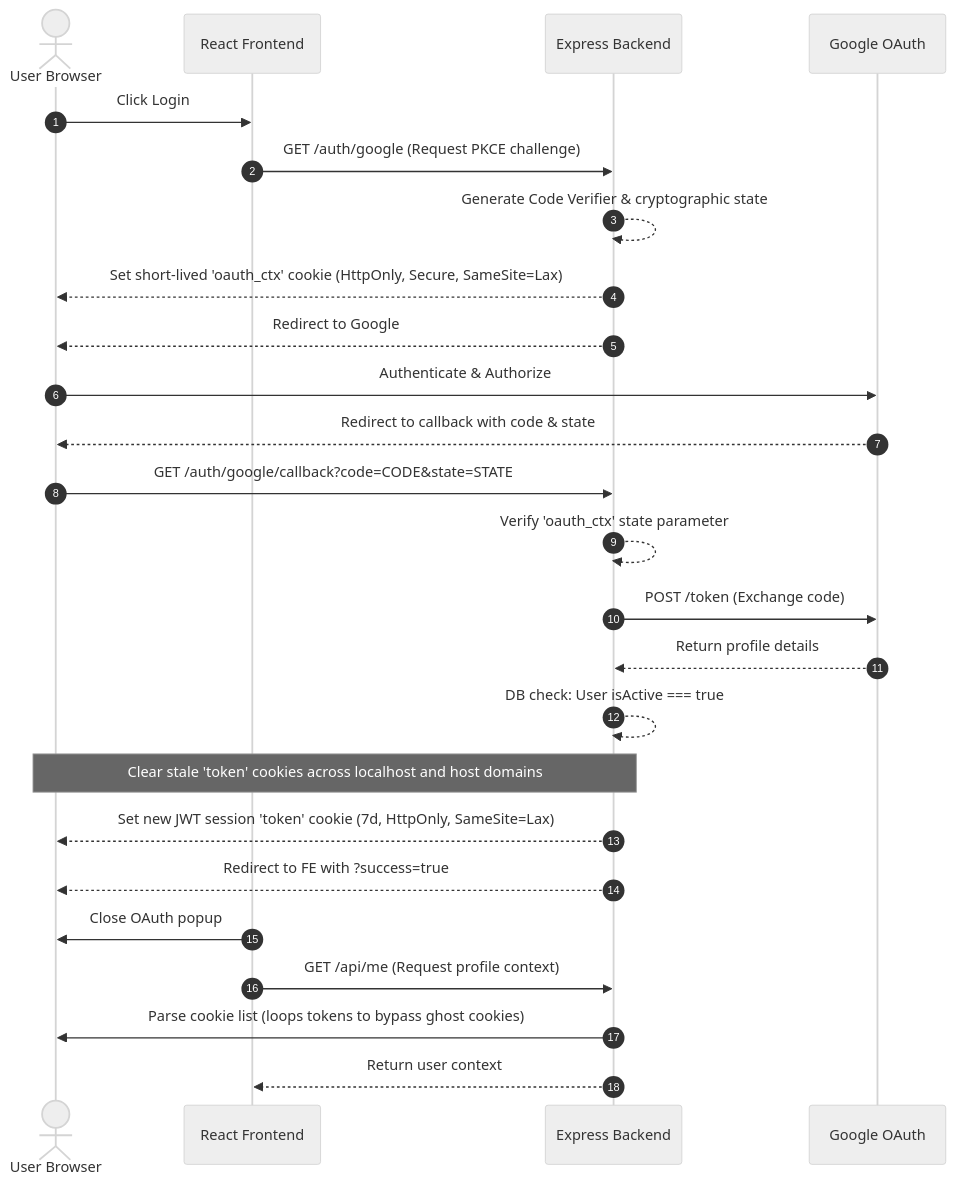
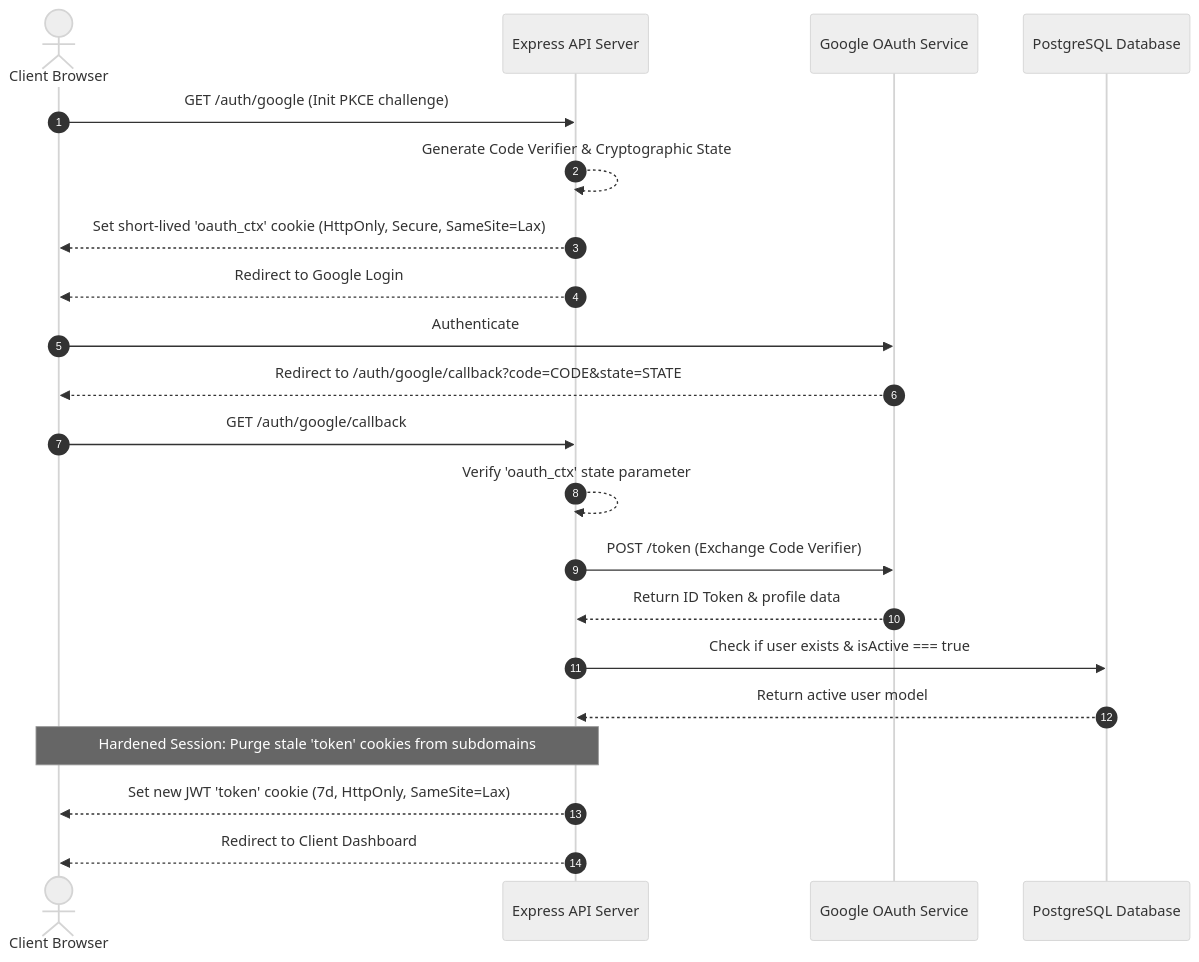
Before and after one commit to gimigkk/KRSwitch-backend: the second of 3 diagrams in ARCHITECTURE.md, drawn with Mermaid (neutral theme). The commit also changed other lines of this file and 1 other file, not shown here.

Commit message:
docs: customize architecture and onboarding guides specifically for the backend

````diff
--- a/ARCHITECTURE.md
+++ b/ARCHITECTURE.md
@@ -60,29 +45,25 @@
 ```mermaid
 sequenceDiagram
     autonumber
-    actor User as User Browser
-    participant FE as React Frontend
-    participant BE as Express Backend
-    participant GO as Google OAuth
+    actor Client as Client Browser
+    participant BE as Express API Server
+    participant GO as Google OAuth Service
+    participant DB as PostgreSQL Database
 
-    User->>FE: Click Login
-    FE->>BE: GET /auth/google (Request PKCE challenge)
-    BE-->>BE: Generate Code Verifier & cryptographic state
-    BE-->>User: Set short-lived 'oauth_ctx' cookie (HttpOnly, Secure, SameSite=Lax)
-    BE-->>User: Redirect to Google
-    User->>GO: Authenticate & Authorize
-    GO-->>User: Redirect to callback with code & state
-    User->>BE: GET /auth/google/callback?code=CODE&state=STATE
+    Client->>BE: GET /auth/google (Init PKCE challenge)
+    BE-->>BE: Generate Code Verifier & Cryptographic State
+    BE-->>Client: Set short-lived 'oauth_ctx' cookie (HttpOnly, Secure, SameSite=Lax)
+    BE-->>Client: Redirect to Google Login
+    Client->>GO: Authenticate
+    GO-->>Client: Redirect to /auth/google/callback?code=CODE&state=STATE
+    Client->>BE: GET /auth/google/callback
     BE-->>BE: Verify 'oauth_ctx' state parameter
-    BE->>GO: POST /token (Exchange code)
-    GO-->>BE: Return profile details
-    BE-->>BE: DB check: User isActive === true
+    BE->>GO: POST /token (Exchange Code Verifier)
+    GO-->>BE: Return ID Token & profile data
+    BE->>DB: Check if user exists & isActive === true
+    DB-->>BE: Return active user model
     
-    Note over BE,User: Clear stale 'token' cookies across localhost and host domains
-    BE-->>User: Set new JWT session 'token' cookie (7d, HttpOnly, SameSite=Lax)
-    BE-->>User: Redirect to FE with ?success=true
-    FE->>User: Close OAuth popup
-    FE->>BE: GET /api/me (Request profile context)
-    BE->>User: Parse cookie list (loops tokens to bypass ghost cookies)
-    BE-->>FE: Return user context
+    Note over BE,Client: Hardened Session: Purge stale 'token' cookies from subdomains
+    BE-->>Client: Set new JWT 'token' cookie (7d, HttpOnly, SameSite=Lax)
+    BE-->>Client: Redirect to Client Dashboard
 ```
````
